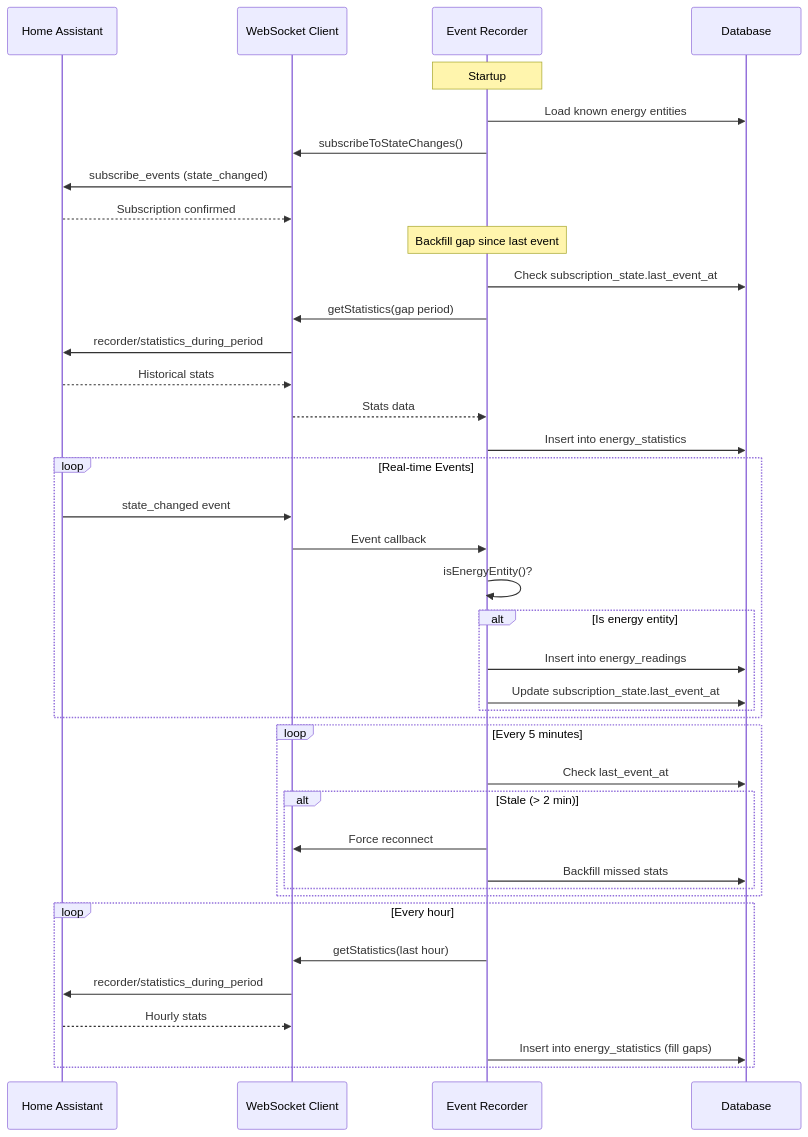
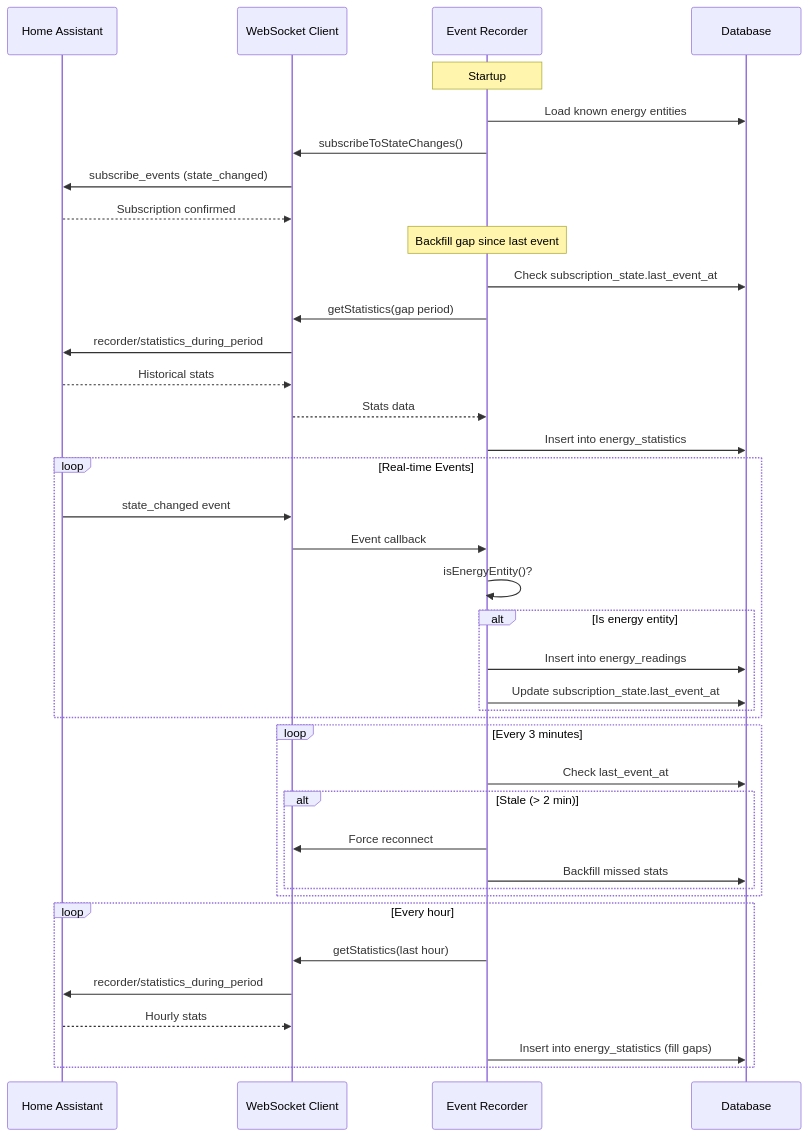
The fourth of 4 diagrams in specs/energy-dashboard-spec.md (teknologist/ha-energy-analytics), drawn with Mermaid before and after one commit. The commit also changed other lines of this file and 3 other files, not shown here.

````diff
--- a/specs/energy-dashboard-spec.md
+++ b/specs/energy-dashboard-spec.md
@@ -860,46 +869,46 @@
 ```mermaid
 sequenceDiagram
     participant HA as Home Assistant
     participant WS as WebSocket Client
     participant ER as Event Recorder
     participant DB as Database
 
     Note over ER: Startup
     ER->>DB: Load known energy entities
     ER->>WS: subscribeToStateChanges()
     WS->>HA: subscribe_events (state_changed)
     HA-->>WS: Subscription confirmed
 
     Note over ER: Backfill gap since last event
     ER->>DB: Check subscription_state.last_event_at
     ER->>WS: getStatistics(gap period)
     WS->>HA: recorder/statistics_during_period
     HA-->>WS: Historical stats
     WS-->>ER: Stats data
     ER->>DB: Insert into energy_statistics
 
     loop Real-time Events
         HA->>WS: state_changed event
         WS->>ER: Event callback
         ER->>ER: isEnergyEntity()?
         alt Is energy entity
             ER->>DB: Insert into energy_readings
             ER->>DB: Update subscription_state.last_event_at
         end
     end
 
-    loop Every 5 minutes
+    loop Every 3 minutes
         ER->>DB: Check last_event_at
         alt Stale (> 2 min)
             ER->>WS: Force reconnect
             ER->>DB: Backfill missed stats
         end
     end
 
     loop Every hour
         ER->>WS: getStatistics(last hour)
         WS->>HA: recorder/statistics_during_period
         HA-->>WS: Hourly stats
         ER->>DB: Insert into energy_statistics (fill gaps)
     end
 ```
````
